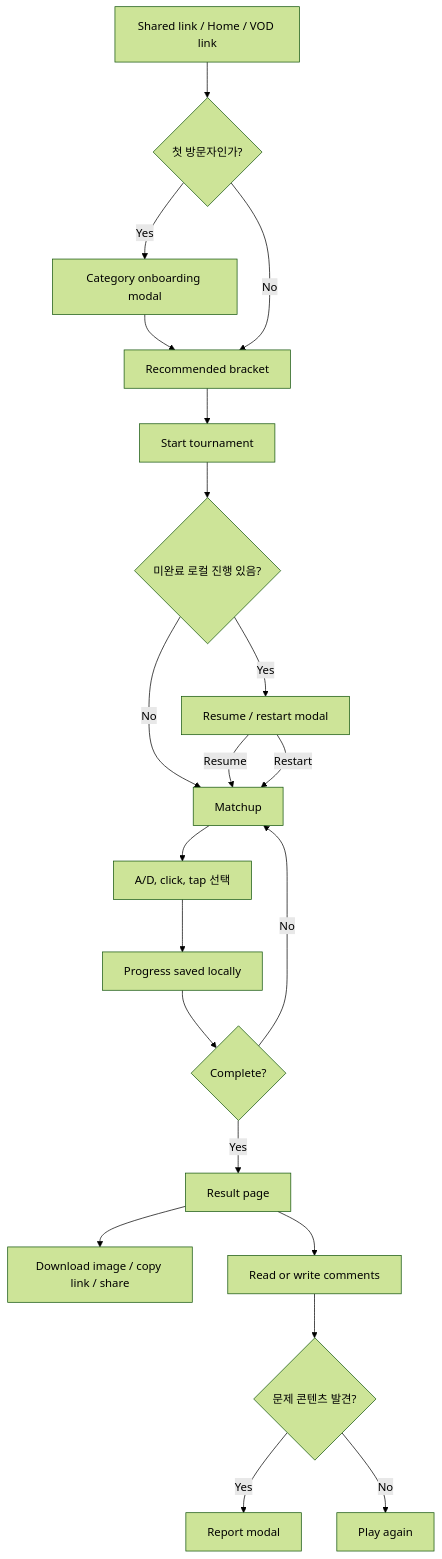
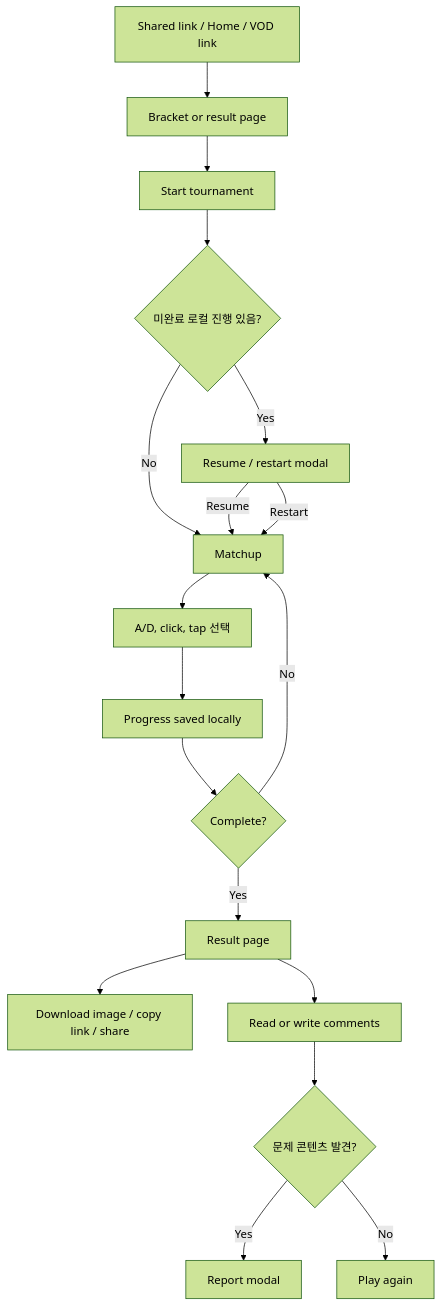
The second of 4 diagrams in _bmad-output/planning-artifacts/ux-design-specification.md (gyeongmin-lee/saveonedropone), drawn with Mermaid (forest theme) before and after one commit. The commit also changed other lines of this file and 4 other files, not shown here.

````diff
--- a/_bmad-output/planning-artifacts/ux-design-specification.md
+++ b/_bmad-output/planning-artifacts/ux-design-specification.md
@@ -248,23 +247,20 @@
 ```mermaid
 flowchart TD
-  A[Shared link / Home / VOD link] --> B{첫 방문자인가?}
-  B -- Yes --> C[Category onboarding modal]
-  C --> D[Recommended bracket]
-  B -- No --> D
+  A[Shared link / Home / VOD link] --> D[Bracket or result page]
   D --> E[Start tournament]
   E --> F{미완료 로컬 진행 있음?}
   F -- Yes --> G[Resume / restart modal]
   F -- No --> I[Matchup]
   G -- Resume --> I
   G -- Restart --> I
   I --> J[A/D, click, tap 선택]
   J --> K[Progress saved locally]
   K --> L{Complete?}
   L -- No --> I
   L -- Yes --> M[Result page]
   M --> N[Download image / copy link / share]
   M --> O[Read or write comments]
   O --> P{문제 콘텐츠 발견?}
   P -- Yes --> Q[Report modal]
   P -- No --> R[Play again]
 ```
````
